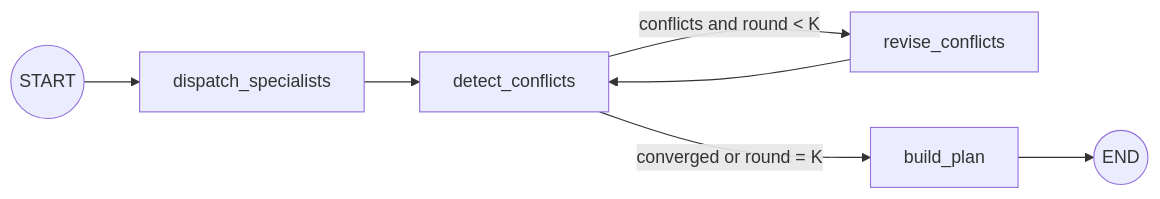
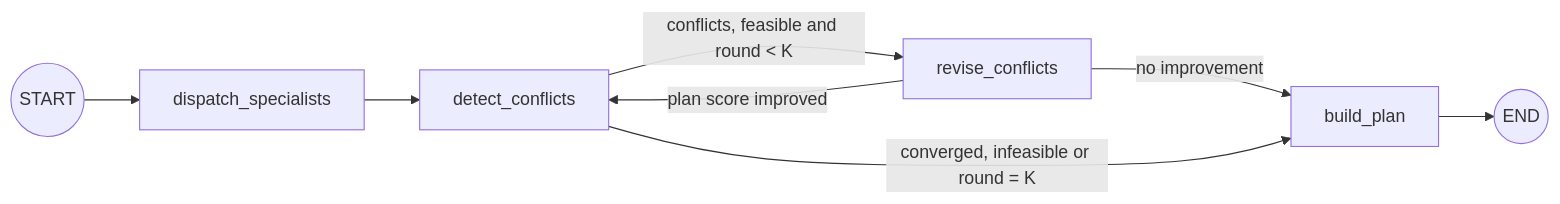
Before and after one commit to Lilstanie/AI_TRIP_PLANNER: the second of 2 diagrams in docs/architecture.md, drawn with Mermaid. The commit also changed other lines of this file and 16 other files, not shown here.

````diff
--- a/docs/architecture.md
+++ b/docs/architecture.md
@@ -64,9 +64,10 @@
 ```mermaid
 flowchart LR
     S((START)) --> D[dispatch_specialists]
     D --> C[detect_conflicts]
-    C -->|conflicts and round < K| R[revise_conflicts]
-    R --> C
-    C -->|converged or round = K| B[build_plan]
+    C -->|conflicts, feasible and round < K| R[revise_conflicts]
+    R -->|plan score improved| C
+    R -->|no improvement| B[build_plan]
+    C -->|converged, infeasible or round = K| B
     B --> E((END))
 ```
````
